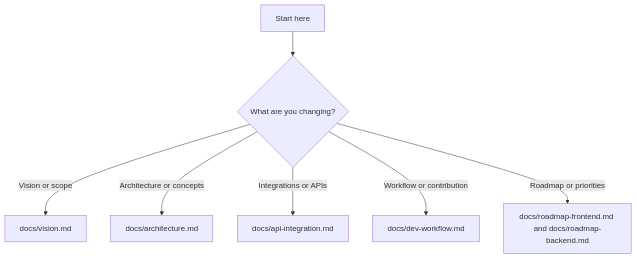
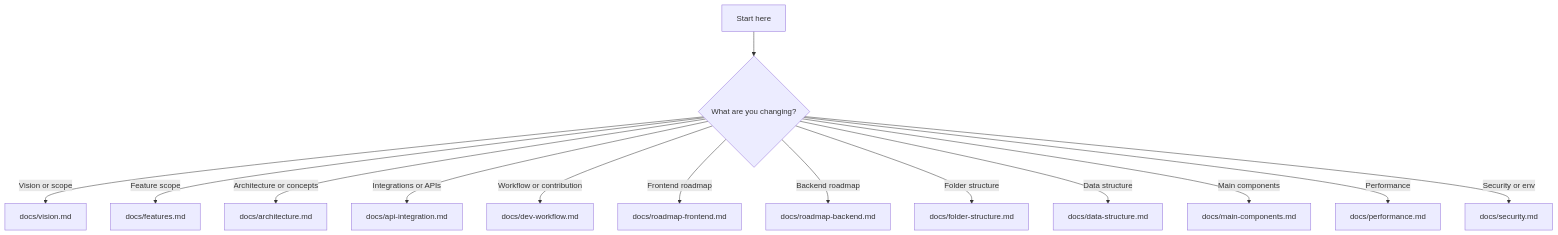
One commit to jemluz/evervalue-station changed the diagram in .github/copilot-instructions.md. Above: the diagram before and after it, drawn with Mermaid. The commit also changed other lines of this file and 4 other files, not shown here.

````diff
--- a/.github/copilot-instructions.md
+++ b/.github/copilot-instructions.md
@@ -85,9 +34,16 @@
 ```mermaid
 flowchart TD
   A[Start here] --> B{What are you changing?}
   B -->|Vision or scope| C[docs/vision.md]
-  B -->|Architecture or concepts| D[docs/architecture.md]
-  B -->|Integrations or APIs| E[docs/api-integration.md]
-  B -->|Workflow or contribution| F[docs/dev-workflow.md]
-  B -->|Roadmap or priorities| G[docs/roadmap-frontend.md and docs/roadmap-backend.md]
+  B -->|Feature scope| D[docs/features.md]
+  B -->|Architecture or concepts| E[docs/architecture.md]
+  B -->|Integrations or APIs| F[docs/api-integration.md]
+  B -->|Workflow or contribution| G[docs/dev-workflow.md]
+  B -->|Frontend roadmap| H[docs/roadmap-frontend.md]
+  B -->|Backend roadmap| I[docs/roadmap-backend.md]
+  B -->|Folder structure| J[docs/folder-structure.md]
+  B -->|Data structure| K[docs/data-structure.md]
+  B -->|Main components| L[docs/main-components.md]
+  B -->|Performance| M[docs/performance.md]
+  B -->|Security or env| N[docs/security.md]
 ```
````
